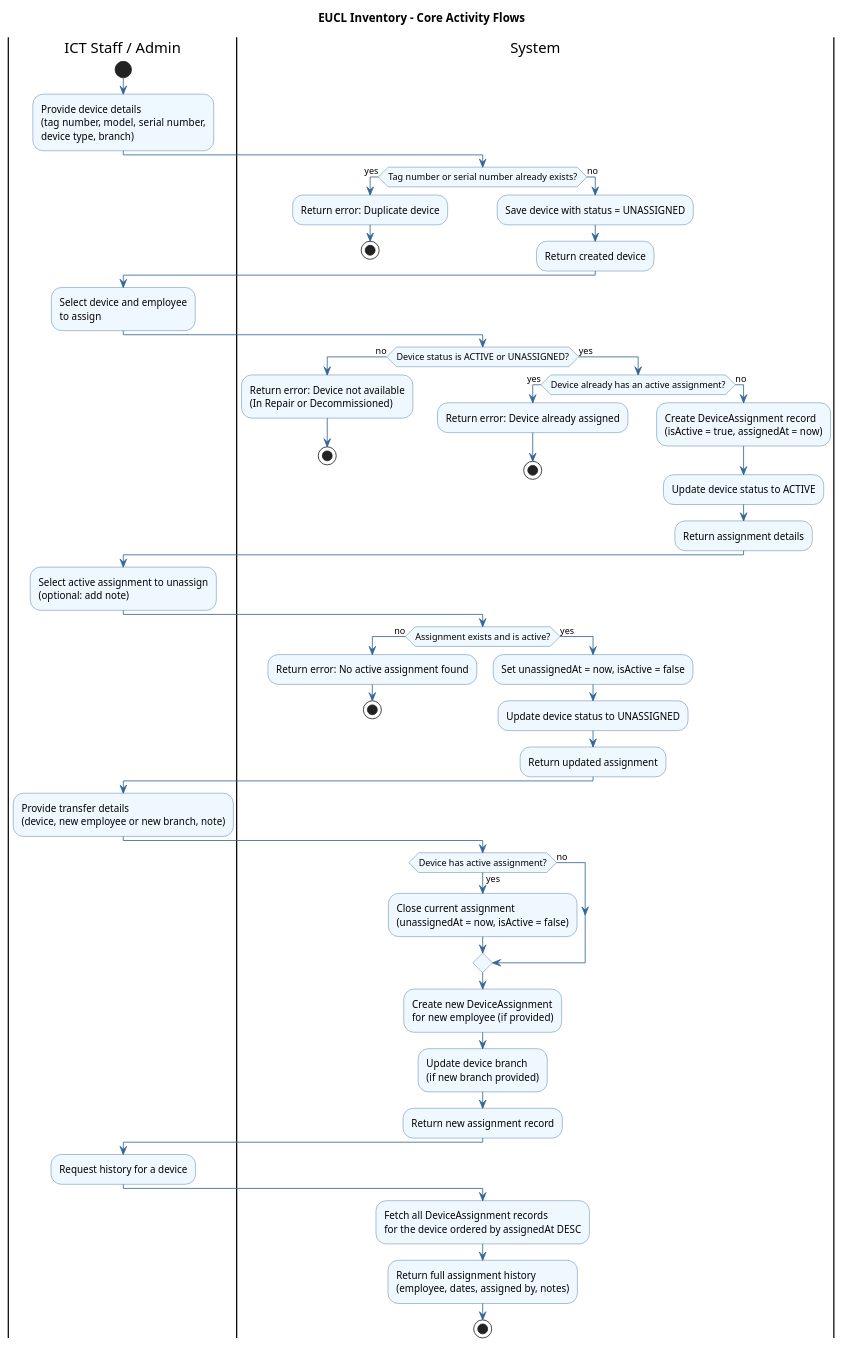
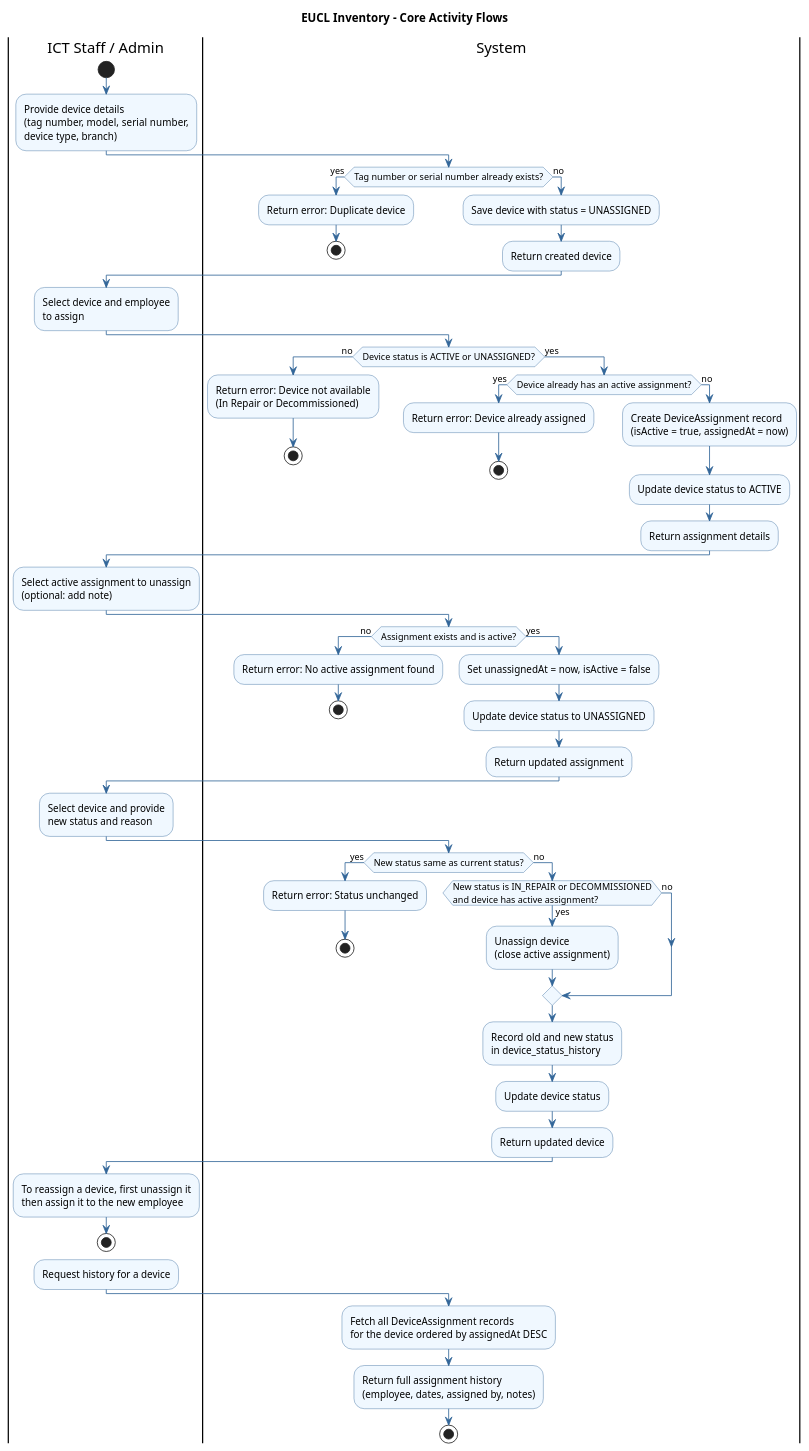
Before and after one commit to Noah-loic/Electronic-inventory-management: the diagram in EUCL/src/uml/activity_diagram.puml, drawn with PlantUML. The commit also changed 3 other files, not shown here.

Commit message:
updated the uml to show new entity

```diff
--- a/EUCL/src/uml/activity_diagram.puml
+++ b/EUCL/src/uml/activity_diagram.puml
@@ -1,89 +1,102 @@
 @startuml ActivityDiagram
 
 skinparam activityBackgroundColor #f0f8ff
 skinparam activityBorderColor #336699
 skinparam arrowColor #336699
 
 title EUCL Inventory - Core Activity Flows
 
 ' ══════════════════════════════════════════
 ' FLOW 1: Register a Device
 ' ══════════════════════════════════════════
 |ICT Staff / Admin|
 start
 :Provide device details\n(tag number, model, serial number,\ndevice type, branch);
 
 |System|
 if (Tag number or serial number already exists?) then (yes)
     :Return error: Duplicate device;
     stop
 else (no)
     :Save device with status = UNASSIGNED;
     :Return created device;
 endif
 
 ' ══════════════════════════════════════════
 ' FLOW 2: Assign Device to Employee
 ' ══════════════════════════════════════════
 |ICT Staff / Admin|
 :Select device and employee\nto assign;
 
 |System|
 if (Device status is ACTIVE or UNASSIGNED?) then (no)
     :Return error: Device not available\n(In Repair or Decommissioned);
     stop
 else (yes)
     if (Device already has an active assignment?) then (yes)
         :Return error: Device already assigned;
         stop
     else (no)
         :Create DeviceAssignment record\n(isActive = true, assignedAt = now);
         :Update device status to ACTIVE;
         :Return assignment details;
     endif
 endif
 
 ' ══════════════════════════════════════════
 ' FLOW 3: Unassign Device
 ' ══════════════════════════════════════════
 |ICT Staff / Admin|
 :Select active assignment to unassign\n(optional: add note);
 
 |System|
 if (Assignment exists and is active?) then (no)
     :Return error: No active assignment found;
     stop
 else (yes)
     :Set unassignedAt = now, isActive = false;
     :Update device status to UNASSIGNED;
     :Return updated assignment;
 endif
 
 ' ══════════════════════════════════════════
-' FLOW 4: Transfer Device
+' FLOW 4: Change Device Status
 ' ══════════════════════════════════════════
 |ICT Staff / Admin|
-:Provide transfer details\n(device, new employee or new branch, note);
+:Select device and provide\nnew status and reason;
 
 |System|
-if (Device has active assignment?) then (yes)
-    :Close current assignment\n(unassignedAt = now, isActive = false);
+if (New status same as current status?) then (yes)
+    :Return error: Status unchanged;
+    stop
 else (no)
+    if (New status is IN_REPAIR or DECOMMISSIONED\nand device has active assignment?) then (yes)
+        :Unassign device\n(close active assignment);
+    else (no)
+    endif
+    :Record old and new status\nin device_status_history;
+    :Update device status;
+    :Return updated device;
 endif
-:Create new DeviceAssignment\nfor new employee (if provided);
-:Update device branch\n(if new branch provided);
-:Return new assignment record;
+
+' ══════════════════════════════════════════
+' FLOW 5: Transfer Device
+' ══════════════════════════════════════════
+|ICT Staff / Admin|
+:To reassign a device, first unassign it\nthen assign it to the new employee;
+
+stop
 
 ' ══════════════════════════════════════════
 ' FLOW 5: View Device History
 ' ══════════════════════════════════════════
 |ICT Staff / Admin|
 :Request history for a device;
 
 |System|
 :Fetch all DeviceAssignment records\nfor the device ordered by assignedAt DESC;
 :Return full assignment history\n(employee, dates, assigned by, notes);
 
 stop
 
 @enduml
```
